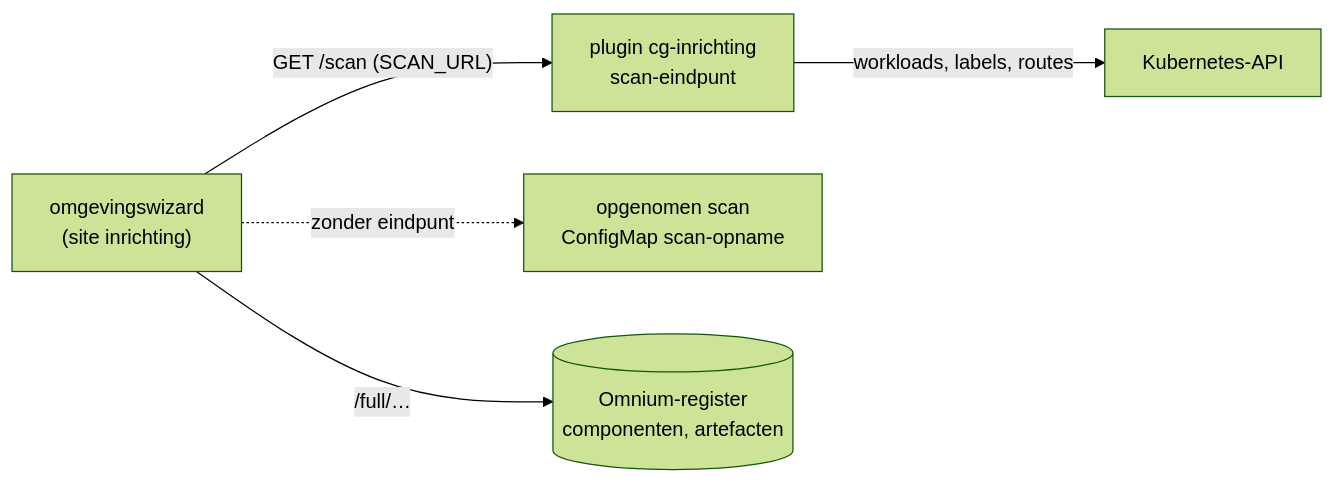
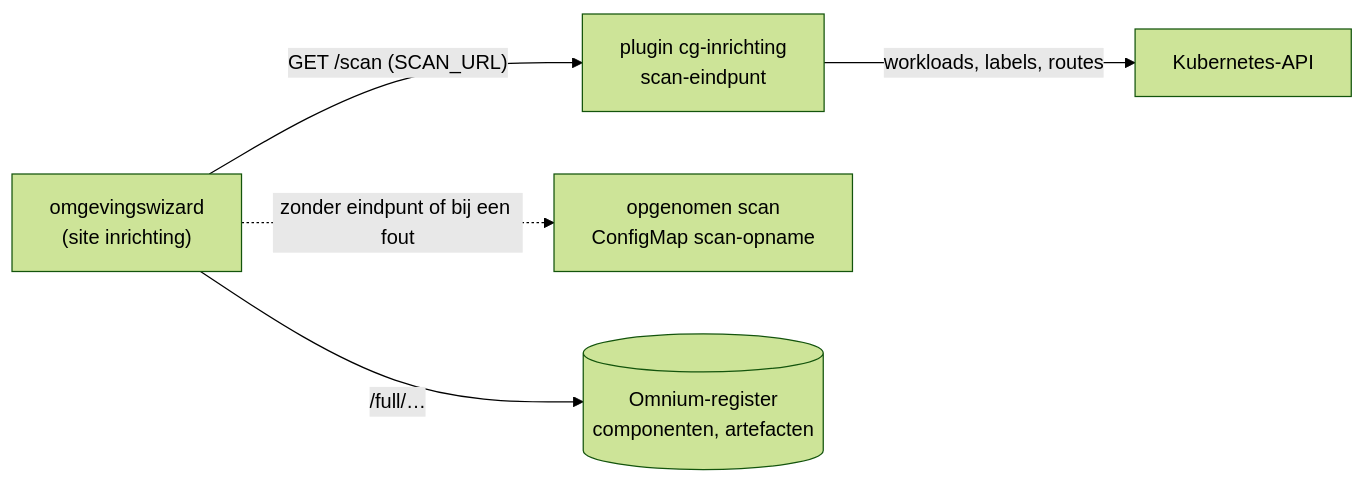
One commit to MarkWestbroek/imprint-engine changed diagram 20 of 24 in docs/architecture.md. Above: the diagram before and after it, drawn with Mermaid (forest theme). The commit also changed other lines of this file and 7 other files, not shown here.

Commit message:
feat(inrichting): omgevingswizard op de live scan van de plugin (Secret inrichting-scan); bij een fout de opgenomen scan als terugval, met de fout en het label Voorbeeld

````diff
--- a/docs/architecture.md
+++ b/docs/architecture.md
@@ -1855,7 +1857,7 @@
 ```mermaid
 flowchart LR
     W["omgevingswizard<br/>(site inrichting)"] -->|"GET /scan (SCAN_URL)"| P["plugin cg-inrichting<br/>scan-eindpunt"]
-    W -.->|"zonder eindpunt"| O["opgenomen scan<br/>ConfigMap scan-opname"]
+    W -.->|"zonder eindpunt of bij een fout"| O["opgenomen scan<br/>ConfigMap scan-opname"]
     W -->|"/full/…"| R[("Omnium-register<br/>componenten, artefacten")]
     P -->|"workloads, labels, routes"| K["Kubernetes-API"]
 ```
````
